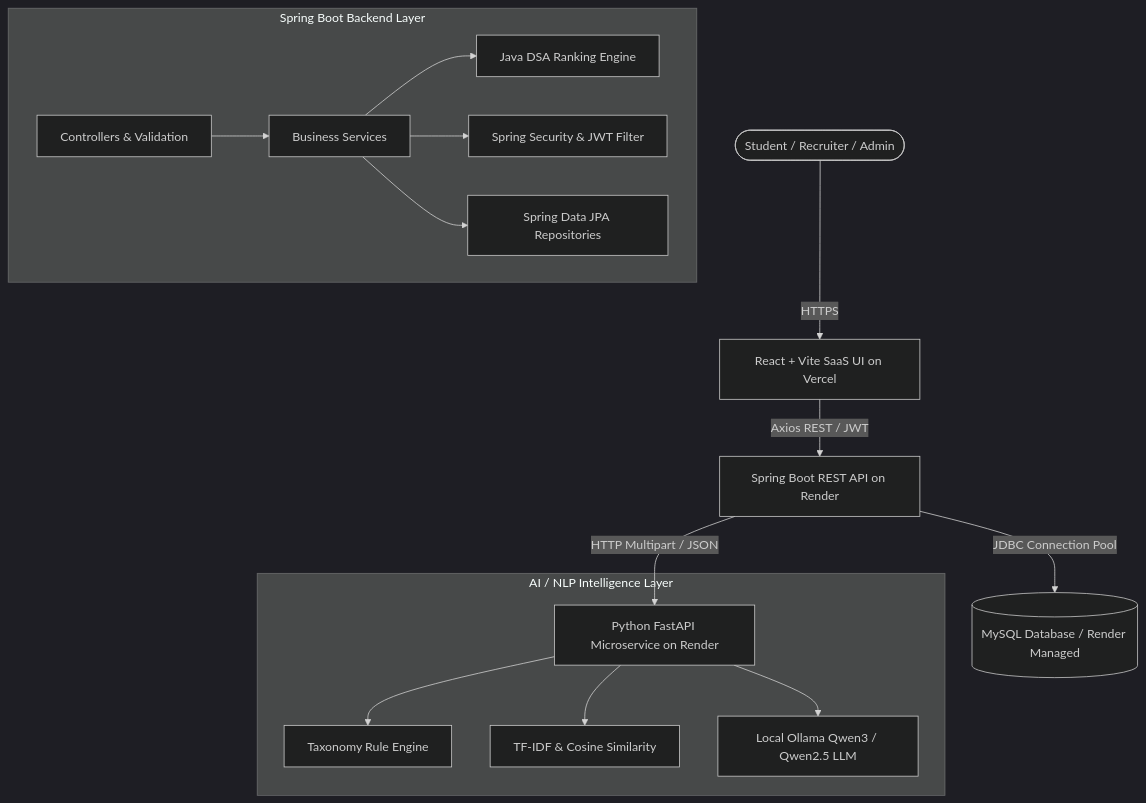
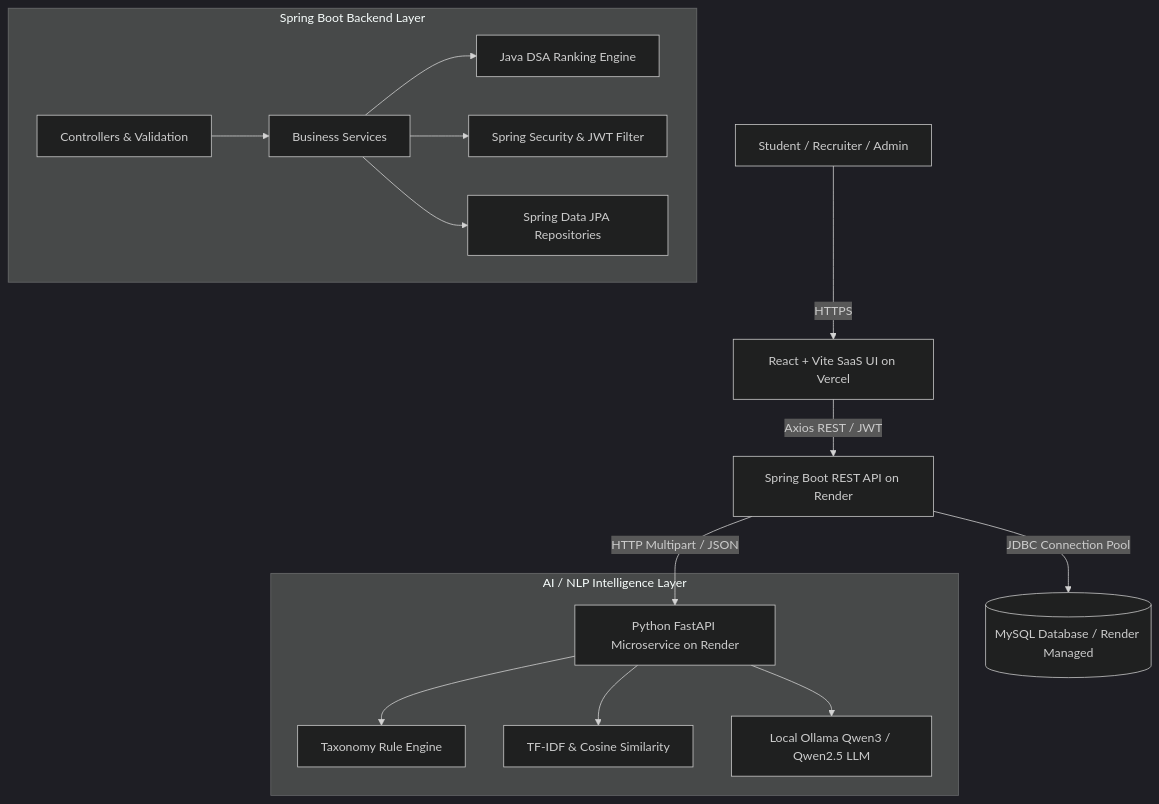
The diagram in docs/architecture.md (AbhijatPatel/CampusConnect), drawn with Mermaid (dark theme) before and after one commit. The commit also changed 1 other file, not shown here.

Commit message:
fix(docs): resolve Mermaid syntax error for GitHub diagram renderer

````diff
--- a/docs/architecture.md
+++ b/docs/architecture.md
@@ -9,21 +9,21 @@
 ```mermaid
 graph TD
-    User([Student / Recruiter / Admin]) -->|HTTPS| Frontend[React + Vite SaaS UI on Vercel]
-    Frontend -->|Axios REST / JWT| Backend[Spring Boot REST API on Render]
+    User["Student / Recruiter / Admin"] -->|HTTPS| Frontend["React + Vite SaaS UI on Vercel"]
+    Frontend -->|Axios REST / JWT| Backend["Spring Boot REST API on Render"]
     
-    subgraph Spring Boot Backend Layer
-        Controller[Controllers & Validation] --> Service[Business Services]
-        Service --> Ranking[Java DSA Ranking Engine]
-        Service --> Security[Spring Security & JWT Filter]
-        Service --> Repo[Spring Data JPA Repositories]
+    subgraph SpringBackend ["Spring Boot Backend Layer"]
+        Controller["Controllers & Validation"] --> Service["Business Services"]
+        Service --> Ranking["Java DSA Ranking Engine"]
+        Service --> Security["Spring Security & JWT Filter"]
+        Service --> Repo["Spring Data JPA Repositories"]
     end
 
-    Backend -->|JDBC Connection Pool| MySQL[(MySQL Database / Render Managed)]
-    Backend -->|HTTP Multipart / JSON| AIService[Python FastAPI Microservice on Render]
+    Backend -->|JDBC Connection Pool| MySQL[("MySQL Database / Render Managed")]
+    Backend -->|HTTP Multipart / JSON| PythonService["Python FastAPI Microservice on Render"]
     
-    subgraph AI / NLP Intelligence Layer
-        AIService --> SkillExtractor[Taxonomy Rule Engine]
-        AIService --> TFIDF[TF-IDF & Cosine Similarity]
-        AIService --> Ollama[Local Ollama Qwen3 / Qwen2.5 LLM]
+    subgraph NLPService ["AI / NLP Intelligence Layer"]
+        PythonService --> SkillExtractor["Taxonomy Rule Engine"]
+        PythonService --> TFIDF["TF-IDF & Cosine Similarity"]
+        PythonService --> Ollama["Local Ollama Qwen3 / Qwen2.5 LLM"]
     end
 ```
````
